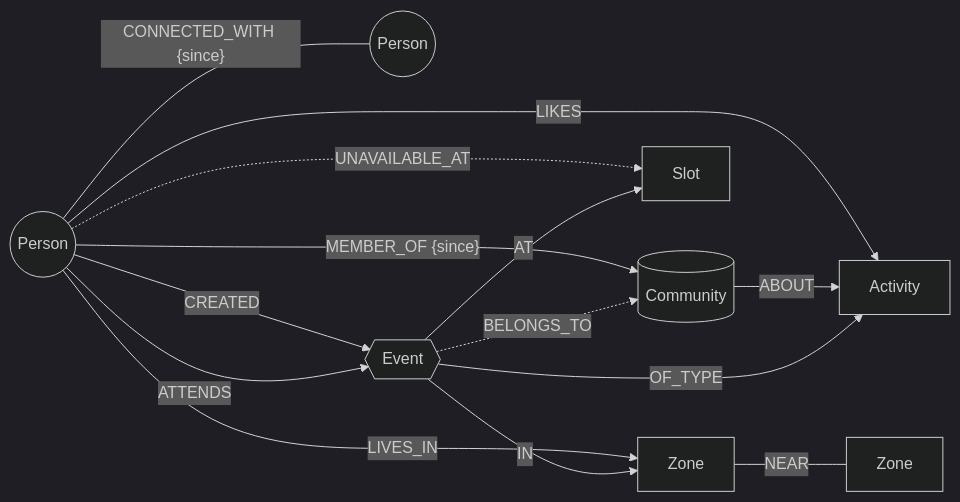
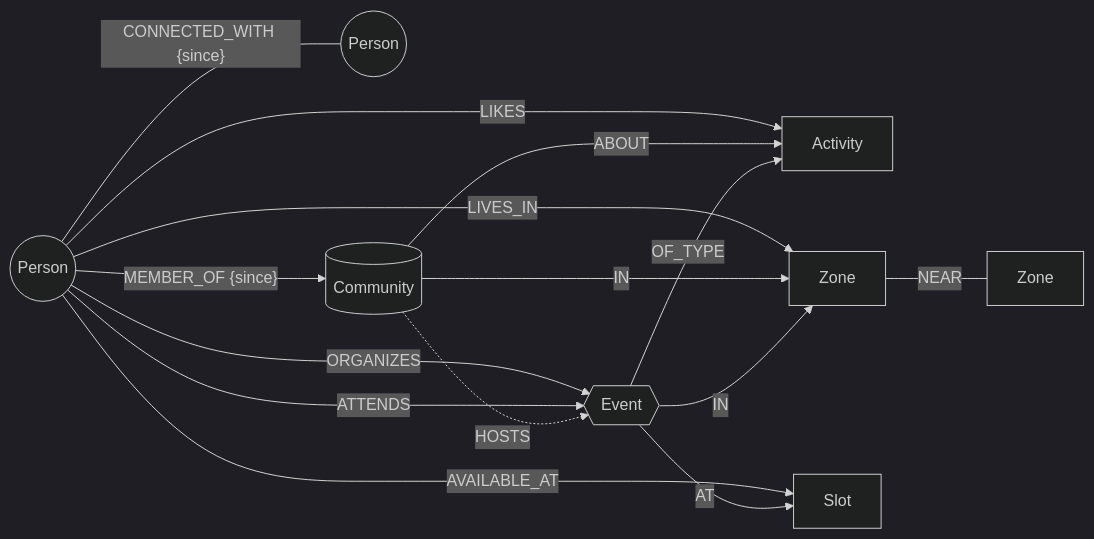
One commit to Norita213/sgbd-neo4j-xarxa changed the diagram in docs/model.md. Above: the diagram before and after it, drawn with Mermaid (dark theme). The commit also changed other lines of this file and 4 other files, not shown here.

````diff
--- a/docs/model.md
+++ b/docs/model.md
@@ -42,25 +43,26 @@
 ```mermaid
 graph LR
     P((Person))
     P2((Person))
     A[Activity]
     Z[Zone]
     Z2[Zone]
     S[Slot]
     E{{Event}}
     C[(Community)]
 
     P -- LIKES --> A
     P -- LIVES_IN --> Z
     Z -- NEAR --- Z2
-    P -. UNAVAILABLE_AT .-> S
+    P -- AVAILABLE_AT --> S
     P -- "CONNECTED_WITH {since}" --- P2
     P -- "MEMBER_OF {since}" --> C
     C -- ABOUT --> A
-    P -- CREATED --> E
+    C -- IN --> Z
+    P -- ORGANIZES --> E
     P -- ATTENDS --> E
     E -- OF_TYPE --> A
     E -- IN --> Z
     E -- AT --> S
-    E -. BELONGS_TO .-> C
+    C -. HOSTS .-> E
 ```
````
